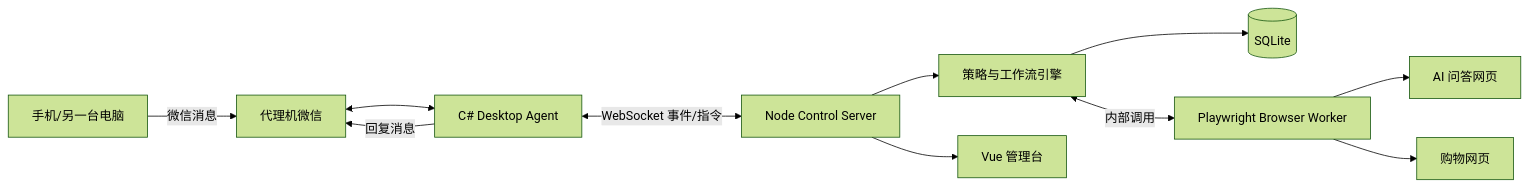
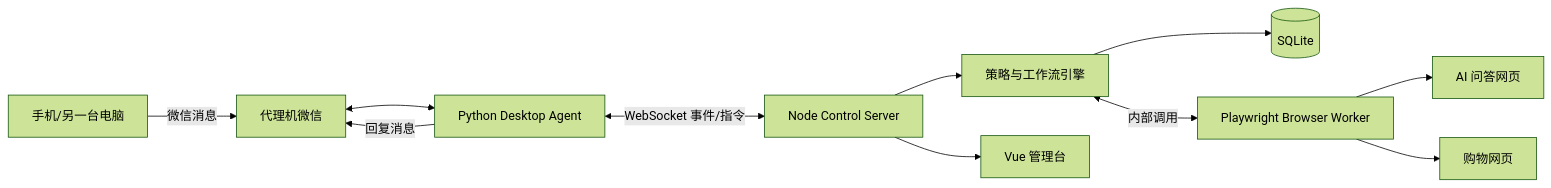
One commit to wanglijie050108/desktop-operator-simulator changed the first of 2 diagrams in docs/02-system-architecture.md. Above: the diagram before and after it, drawn with Mermaid (forest theme). The commit also changed other lines of this file and 21 other files, not shown here.

Commit message:
Establish the Python agent protocol foundation

````diff
--- a/docs/02-system-architecture.md
+++ b/docs/02-system-architecture.md
@@ -7,13 +9,13 @@
 ```mermaid
 flowchart LR
     U[手机/另一台电脑] -->|微信消息| W[代理机微信]
-    W <--> A[C# Desktop Agent]
+    W <--> A[Python Desktop Agent]
     A <-->|WebSocket 事件/指令| C[Node Control Server]
     C --> P[策略与工作流引擎]
     P --> D[(SQLite)]
     P <-->|内部调用| B[Playwright Browser Worker]
     B --> AI[AI 问答网页]
     B --> S[购物网页]
     C --> M[Vue 管理台]
     A -->|回复消息| W
 ```
````
